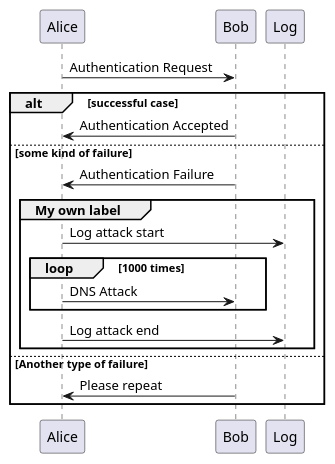
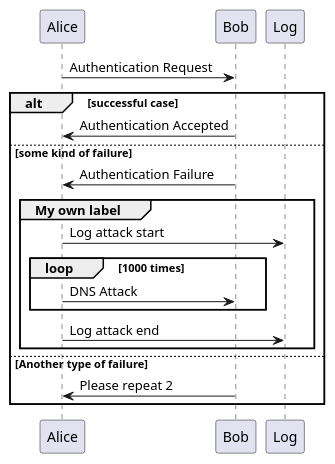
The diagram in docs/plantuml-test.md (mikaelhg/vpn-ipv6), drawn with PlantUML before and after one commit.

````diff
--- a/docs/plantuml-test.md
+++ b/docs/plantuml-test.md
@@ -3,26 +3,26 @@
 ```plantuml format="png"
 
 Alice -> Bob: Authentication Request
 
 alt successful case
 
     Bob -> Alice: Authentication Accepted
 
 else some kind of failure
 
     Bob -> Alice: Authentication Failure
     group My own label
     Alice -> Log : Log attack start
         loop 1000 times
             Alice -> Bob: DNS Attack
         end
     Alice -> Log : Log attack end
     end
 
 else Another type of failure
 
-   Bob -> Alice: Please repeat
+   Bob -> Alice: Please repeat 2
 
 end
 
 ```
````
